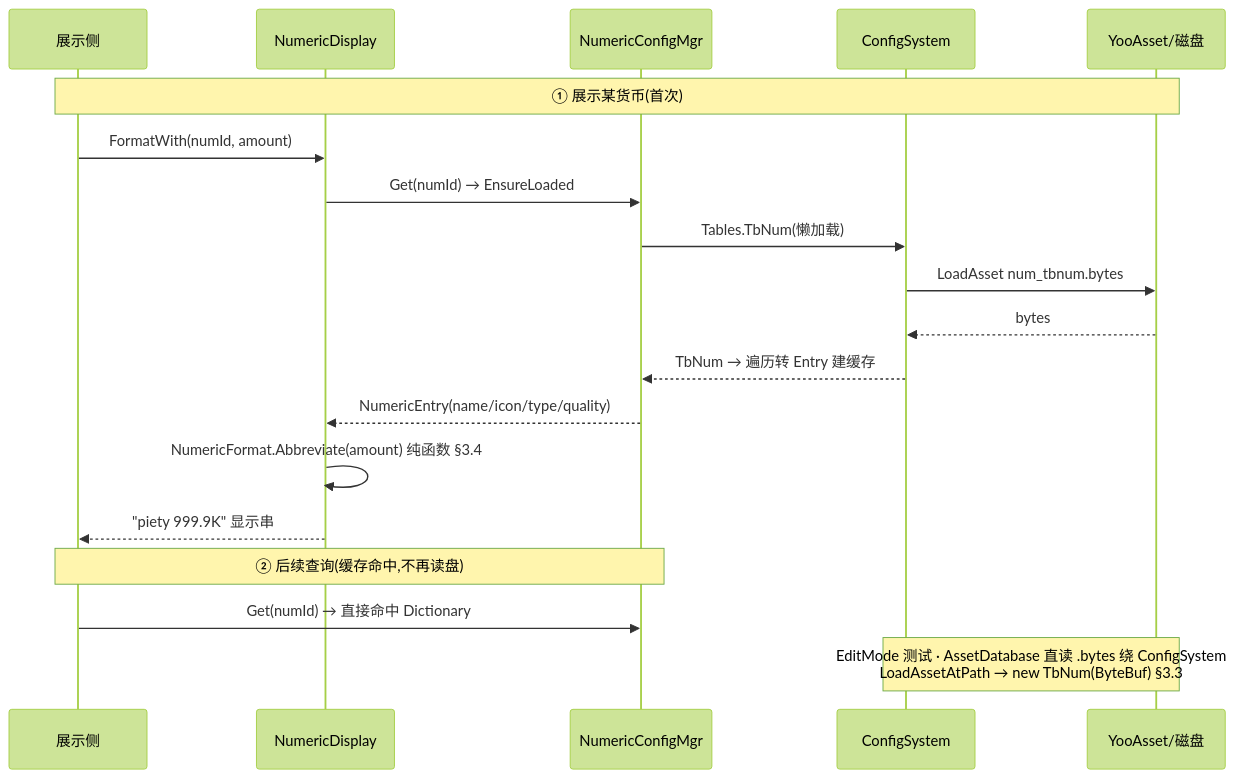
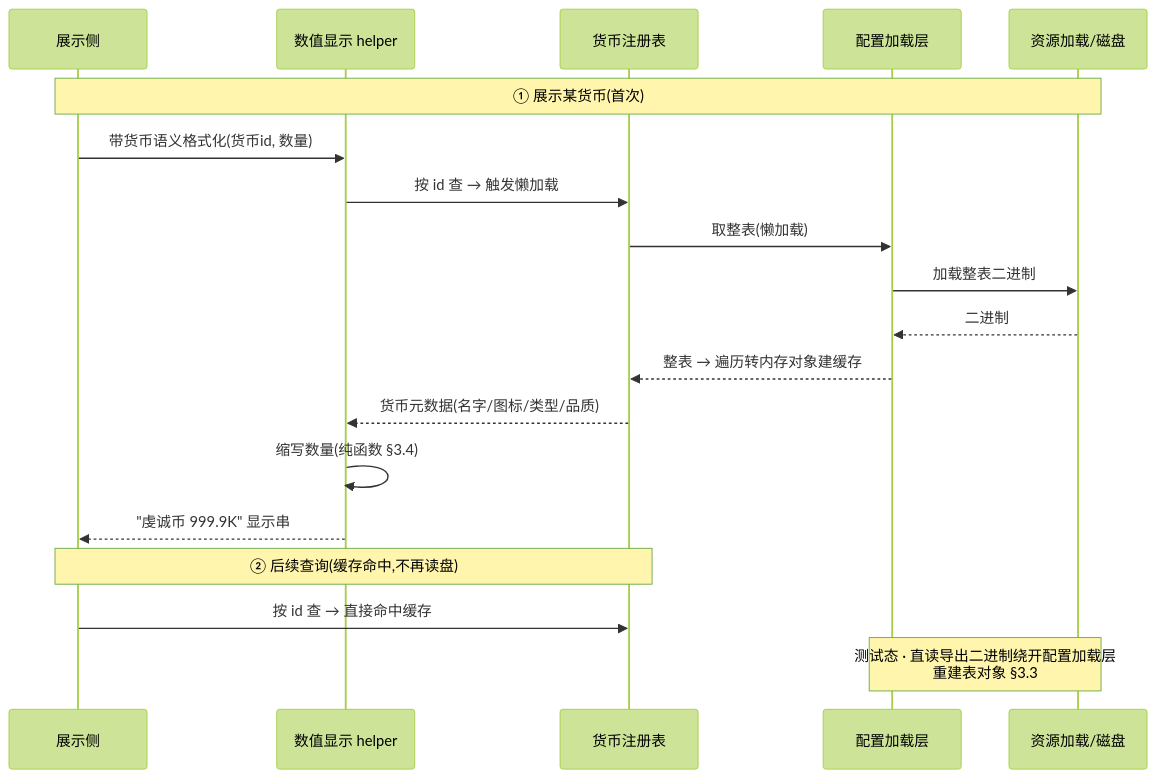
Before and after one commit to zhoupeng921101/TEngine_zp: the second of 2 diagrams in UnityProject/design-docs/15-numeric-system.md, drawn with Mermaid (forest theme). The commit also changed other lines of this file and 20 other files, not shown here.

````diff
--- a/UnityProject/design-docs/15-numeric-system.md
+++ b/UnityProject/design-docs/15-numeric-system.md
@@ -284,21 +231,21 @@
 ```mermaid
 sequenceDiagram
     participant V as 展示侧
-    participant D as NumericDisplay
-    participant M as NumericConfigMgr
-    participant C as ConfigSystem
-    participant Y as YooAsset/磁盘
+    participant D as 数值显示 helper
+    participant M as 货币注册表
+    participant C as 配置加载层
+    participant Y as 资源加载/磁盘
     Note over V,Y: ① 展示某货币(首次)
-    V->>D: FormatWith(numId, amount)
-    D->>M: Get(numId) → EnsureLoaded
-    M->>C: Tables.TbNum(懒加载)
-    C->>Y: LoadAsset num_tbnum.bytes
-    Y-->>C: bytes
-    C-->>M: TbNum → 遍历转 Entry 建缓存
-    M-->>D: NumericEntry(name/icon/type/quality)
-    D->>D: NumericFormat.Abbreviate(amount) 纯函数 §3.4
-    D-->>V: "piety 999.9K" 显示串
+    V->>D: 带货币语义格式化(货币id, 数量)
+    D->>M: 按 id 查 → 触发懒加载
+    M->>C: 取整表(懒加载)
+    C->>Y: 加载整表二进制
+    Y-->>C: 二进制
+    C-->>M: 整表 → 遍历转内存对象建缓存
+    M-->>D: 货币元数据(名字/图标/类型/品质)
+    D->>D: 缩写数量(纯函数 §3.4)
+    D-->>V: "虔诚币 999.9K" 显示串
     Note over V,M: ② 后续查询(缓存命中,不再读盘)
-    V->>M: Get(numId) → 直接命中 Dictionary
-    Note over C,Y: EditMode 测试 · AssetDatabase 直读 .bytes 绕 ConfigSystem<br/>LoadAssetAtPath → new TbNum(ByteBuf) §3.3
+    V->>M: 按 id 查 → 直接命中缓存
+    Note over C,Y: 测试态 · 直读导出二进制绕开配置加载层<br/>重建表对象 §3.3
 ```
````
